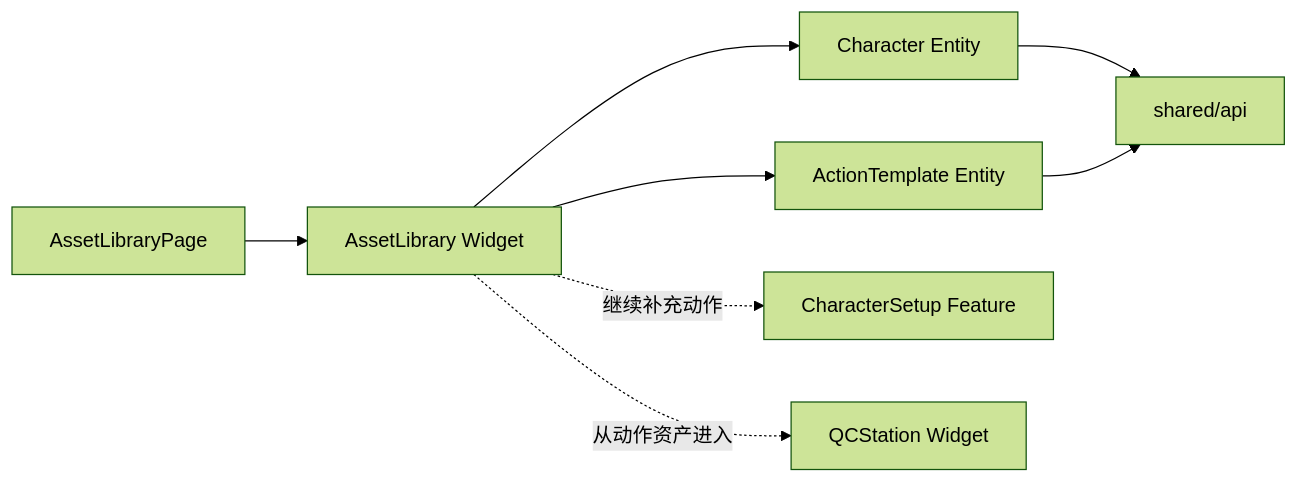
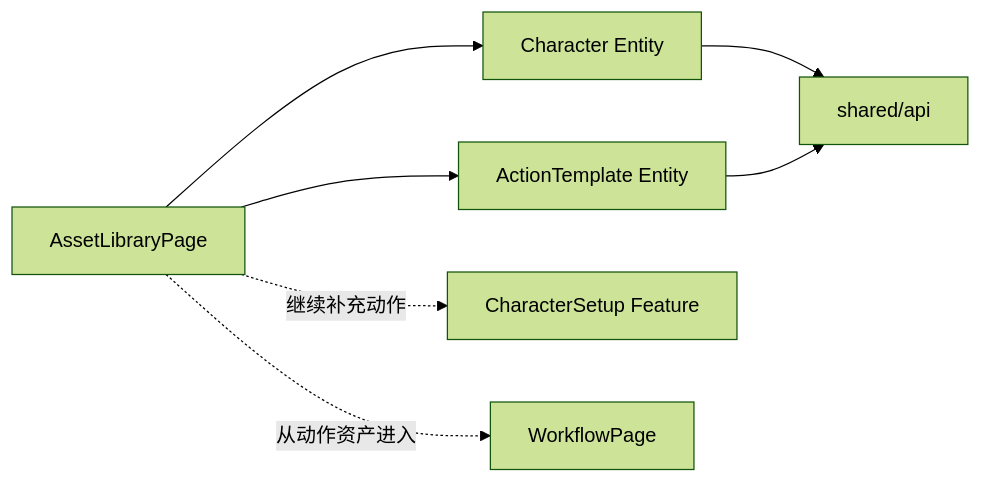
Before and after one commit to 1024XEngineer/Windup: the third of 4 diagrams in docs/frontend-architecture.md, drawn with Mermaid (forest theme). The commit also changed other lines of this file, not shown here.

First line of the commit message:
docs(frontend-architecture): drop widgets layer, pages compose features directly

````diff
--- a/docs/frontend-architecture.md
+++ b/docs/frontend-architecture.md
@@ -167,10 +162,9 @@
 ```mermaid
 flowchart LR
-    page["AssetLibraryPage"] --> lib["AssetLibrary Widget"]
-    lib --> character["Character Entity"]
-    lib --> template["ActionTemplate Entity"]
-    lib -. 继续补充动作 .-> charFeature["CharacterSetup Feature"]
-    lib -. 从动作资产进入 .-> qc["QCStation Widget"]
+    page["AssetLibraryPage"] --> character["Character Entity"]
+    page --> template["ActionTemplate Entity"]
+    page -. 继续补充动作 .-> charFeature["CharacterSetup Feature"]
+    page -. 从动作资产进入 .-> workflow["WorkflowPage"]
     character --> api["shared/api"]
     template --> api
 ```
````
